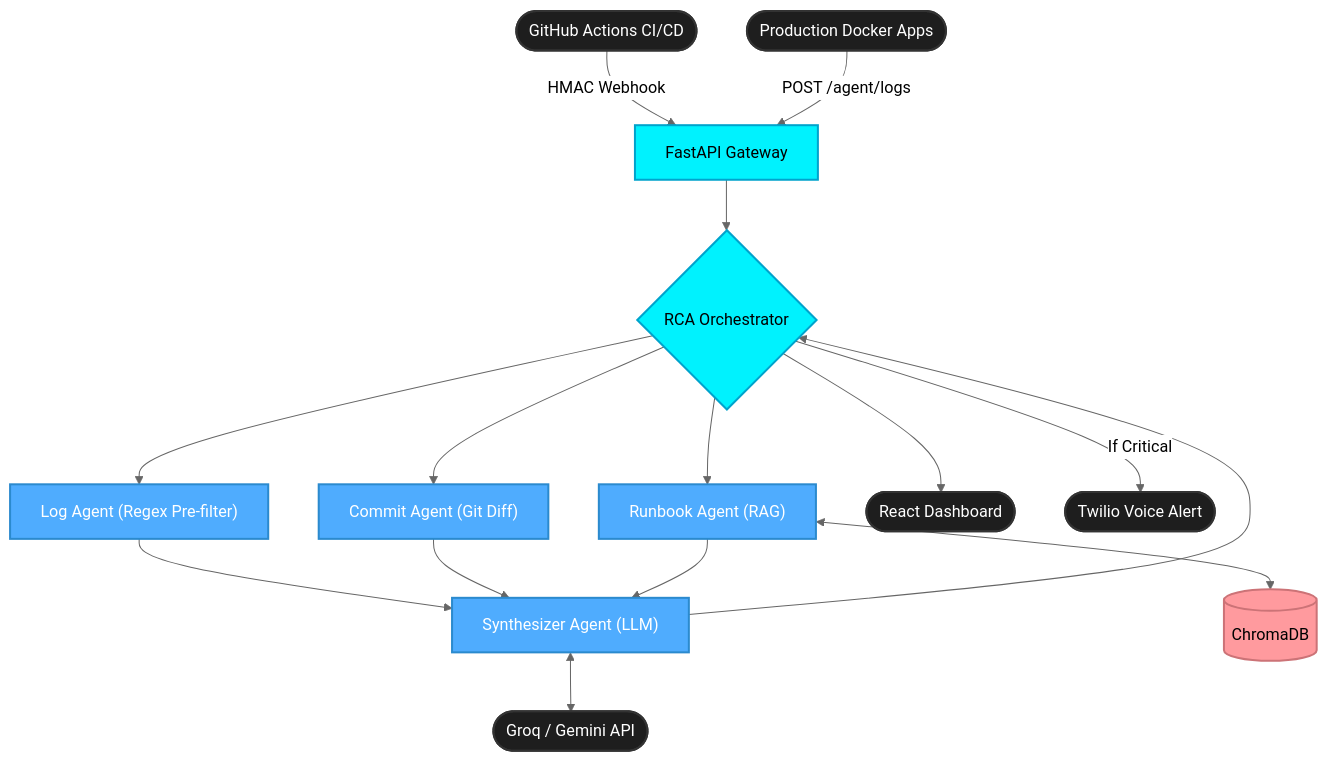
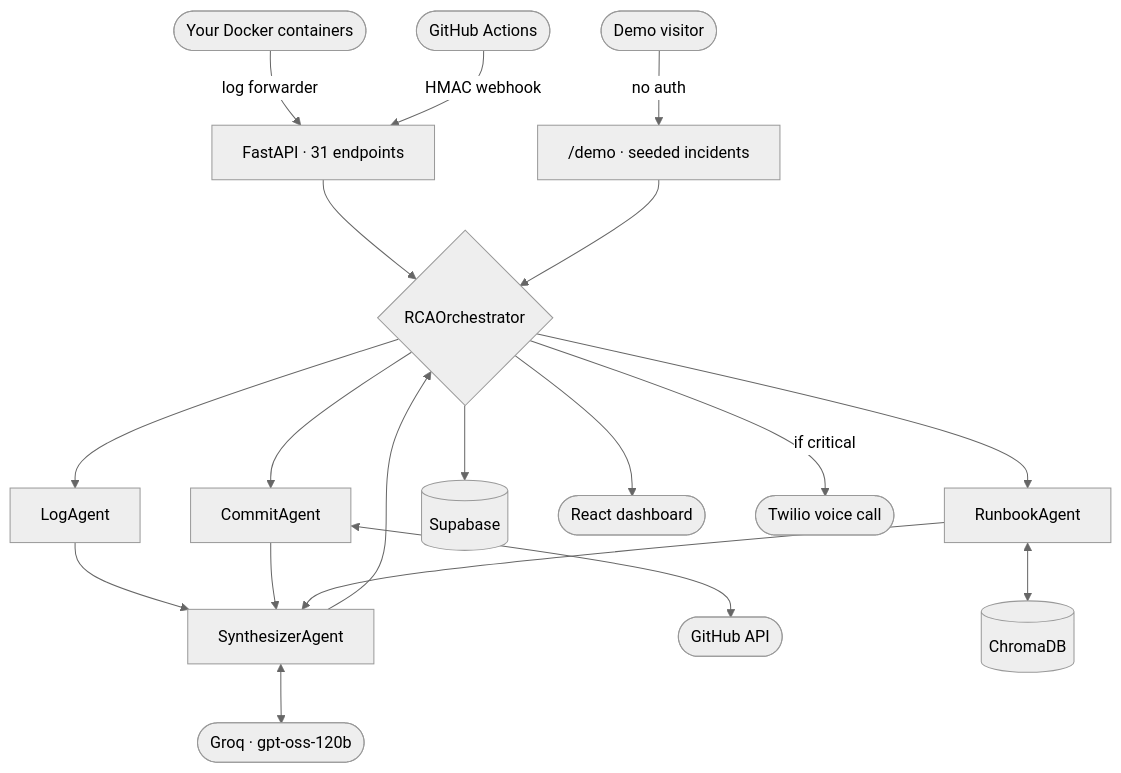
One commit to hitanshuthegr8/OpsTron changed the diagram in README.md. Above: the diagram before and after it, drawn with Mermaid (neutral theme). The commit also changed other lines of this file, not shown here.

````diff
--- a/README.md
+++ b/README.md
@@ -58,53 +52,27 @@
 ```mermaid
 graph TD
-    %% Styling
-    classDef external fill:#1e1e1e,stroke:#333,stroke-width:2px,color:#fff;
-    classDef core fill:#00f2fe,stroke:#00a3cc,stroke-width:2px,color:#000;
-    classDef agent fill:#4facfe,stroke:#2b8ace,stroke-width:2px,color:#fff;
-    classDef db fill:#ff9a9e,stroke:#cc7377,stroke-width:2px,color:#000;
+    APP(["Your Docker containers"]) -- "log forwarder" --> API
+    GH(["GitHub Actions"]) -- "HMAC webhook" --> API
+    VISITOR(["Demo visitor"]) -- "no auth" --> DEMO
 
-    %% Nodes
-    GH(["GitHub Actions CI/CD"])
-    APP(["Production Docker Apps"])
-    
-    API["FastAPI Gateway"]
-    ORCH{"RCA Orchestrator"}
-    
-    A1["Log Agent (Regex Pre-filter)"]
-    A2["Commit Agent (Git Diff)"]
-    A3["Runbook Agent (RAG)"]
-    A4["Synthesizer Agent (LLM)"]
-    
-    VDB[("ChromaDB")]
-    LLM(["Groq / Gemini API"])
-    UI(["React Dashboard"])
-    PHONE(["Twilio Voice Alert"])
+    API["FastAPI · 31 endpoints"]
+    DEMO["/demo · seeded incidents"]
+    ORCH{"RCAOrchestrator"}
 
-    %% Apply Classes
-    class GH,APP,LLM,UI,PHONE external;
-    class API,ORCH core;
-    class A1,A2,A3,A4 agent;
-    class VDB db;
+    API --> ORCH
+    DEMO --> ORCH
 
-    %% Edges
-    GH -- "HMAC Webhook" --> API
-    APP -- "POST /agent/logs" --> API
-    
-    API --> ORCH
-    
-    ORCH --> A1
-    ORCH --> A2
-    ORCH --> A3
-    
-    A3 <--> VDB
-    
-    A1 --> A4
-    A2 --> A4
-    A3 --> A4
-    
-    A4 <--> LLM
+    ORCH --> A1["LogAgent"]
+    ORCH --> A2["CommitAgent"]
+    ORCH --> A3["RunbookAgent"]
+    A1 & A2 & A3 --> A4["SynthesizerAgent"]
+
+    A2 <--> GHAPI(["GitHub API"])
+    A3 <--> VDB[("ChromaDB")]
+    A4 <--> LLM(["Groq · gpt-oss-120b"])
+
     A4 --> ORCH
-    
-    ORCH --> UI
-    ORCH -- "If Critical" --> PHONE
+    ORCH --> DB[("Supabase")]
+    ORCH --> UI(["React dashboard"])
+    ORCH -- "if critical" --> PHONE(["Twilio voice call"])
 ```
````
